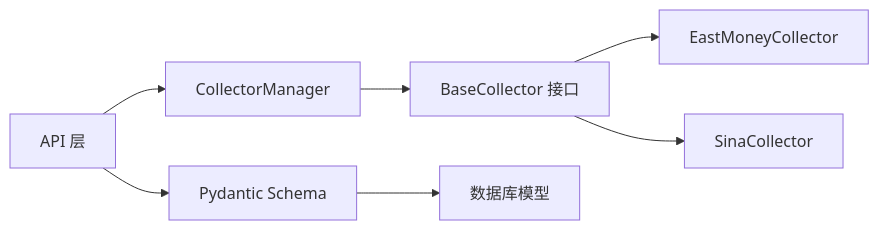
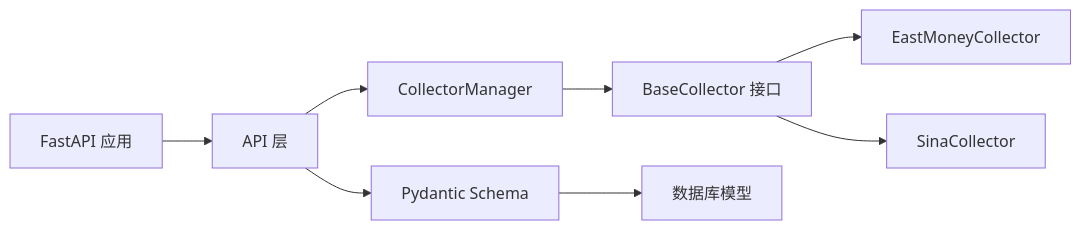
The eighth of 8 diagrams in .qoder/repowiki/zh/content/后端开发/数据服务层/数据采集器架构.md (We3le7/stock-view), drawn with Mermaid before and after one commit. The commit also changed other lines of this file and 5 other files, not shown here.

````diff
--- a/.qoder/repowiki/zh/content/后端开发/数据服务层/数据采集器架构.md
+++ b/.qoder/repowiki/zh/content/后端开发/数据服务层/数据采集器架构.md
@@ -264,9 +357,10 @@
 ```mermaid
 graph LR
 API["API 层"] --> MGR["CollectorManager"]
 MGR --> BC["BaseCollector 接口"]
 BC --> EM["EastMoneyCollector"]
 BC --> SI["SinaCollector"]
 API --> SCHEMAS["Pydantic Schema"]
 SCHEMAS --> MODELS["数据库模型"]
+MAIN["FastAPI 应用"] --> API
 ```
````
